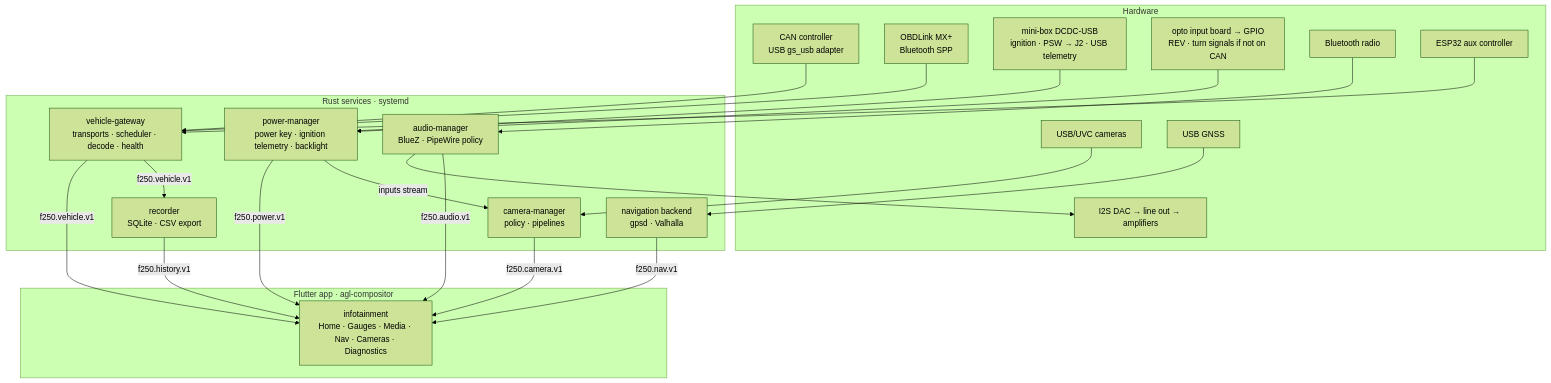
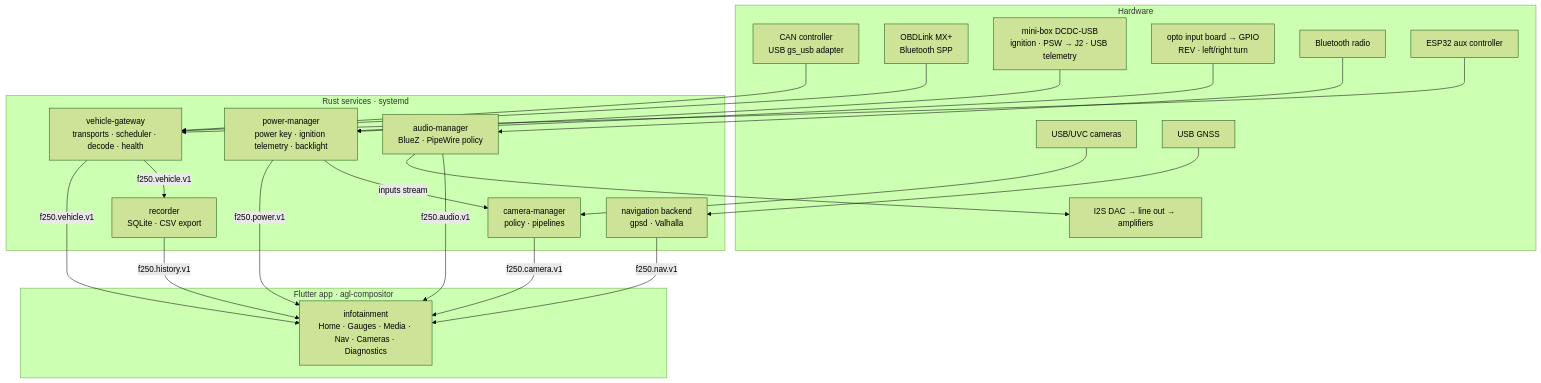
The first of 3 diagrams in docs/architecture/overview.md (darickc/TruckDashboard), drawn with Mermaid (forest theme) before and after one commit. The commit also changed 10 other files, not shown here.

First line of the commit message:
docs: turn signals are an analogue flasher circuit, not on HS-CAN (H14)

````diff
--- a/docs/architecture/overview.md
+++ b/docs/architecture/overview.md
@@ -35,46 +35,46 @@
 ```mermaid
 flowchart TB
   subgraph HW[Hardware]
     CAN[CAN controller<br/>USB gs_usb adapter]
     MX[OBDLink MX+<br/>Bluetooth SPP]
     PSU[mini-box DCDC-USB<br/>ignition · PSW → J2 · USB telemetry]
-    GPIO[opto input board → GPIO<br/>REV · turn signals if not on CAN]
+    GPIO[opto input board → GPIO<br/>REV · left/right turn]
     V4L[USB/UVC cameras]
     GNSS[USB GNSS]
     BT[Bluetooth radio]
     DAC[I2S DAC → line out → amplifiers]
     ESP[ESP32 aux controller]
   end
 
   subgraph SVC[Rust services · systemd]
     GW[vehicle-gateway<br/>transports · scheduler · decode · health]
     REC[recorder<br/>SQLite · CSV export]
     PWR[power-manager<br/>power key · ignition telemetry · backlight]
     CAMM[camera-manager<br/>policy · pipelines]
     AUDM[audio-manager<br/>BlueZ · PipeWire policy]
     NAV[navigation backend<br/>gpsd · Valhalla]
   end
 
   subgraph APP[Flutter app · agl-compositor]
     UI[infotainment<br/>Home · Gauges · Media · Nav · Cameras · Diagnostics]
   end
 
   CAN --> GW
   MX --> GW
   ESP --> GW
   GPIO --> PWR
   PSU --> PWR
   V4L --> CAMM
   GNSS --> NAV
   BT --> AUDM
   AUDM --> DAC
 
   GW -- f250.vehicle.v1 --> UI
   GW -- f250.vehicle.v1 --> REC
   PWR -- f250.power.v1 --> UI
   PWR -- inputs stream --> CAMM
   CAMM -- f250.camera.v1 --> UI
   AUDM -- f250.audio.v1 --> UI
   NAV -- f250.nav.v1 --> UI
   REC -- f250.history.v1 --> UI
 ```
````
